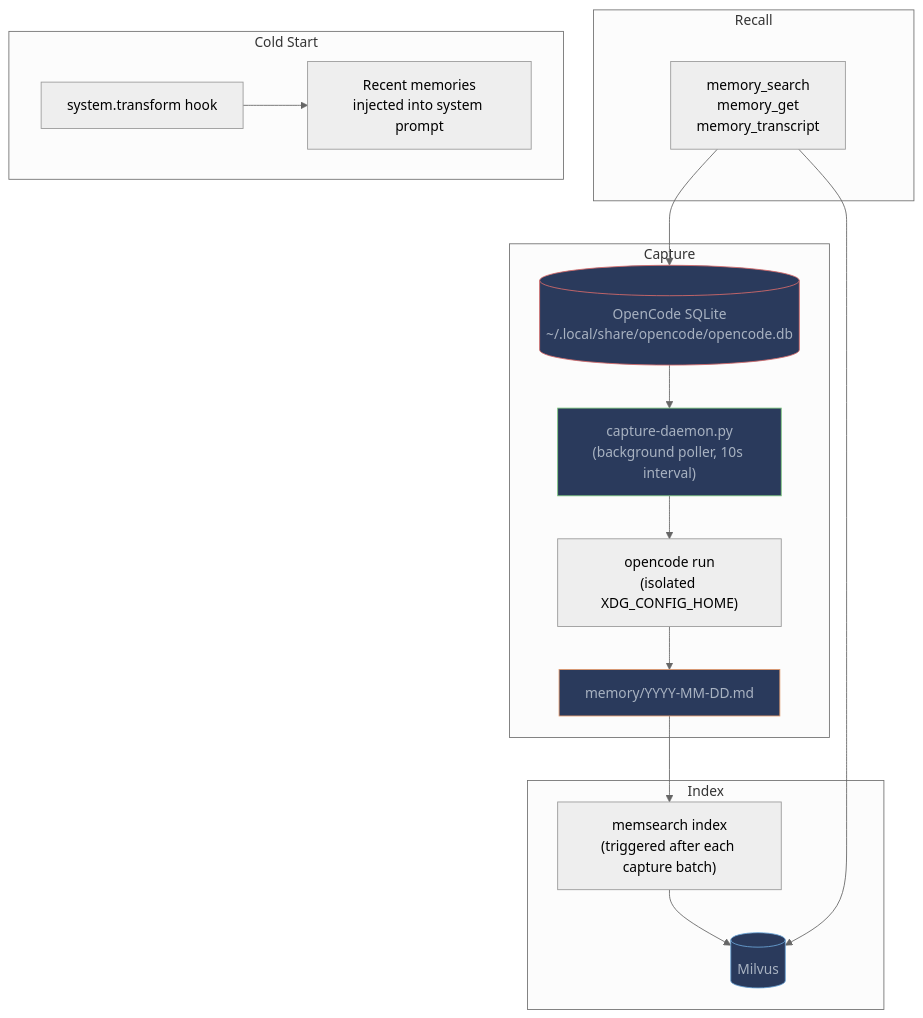
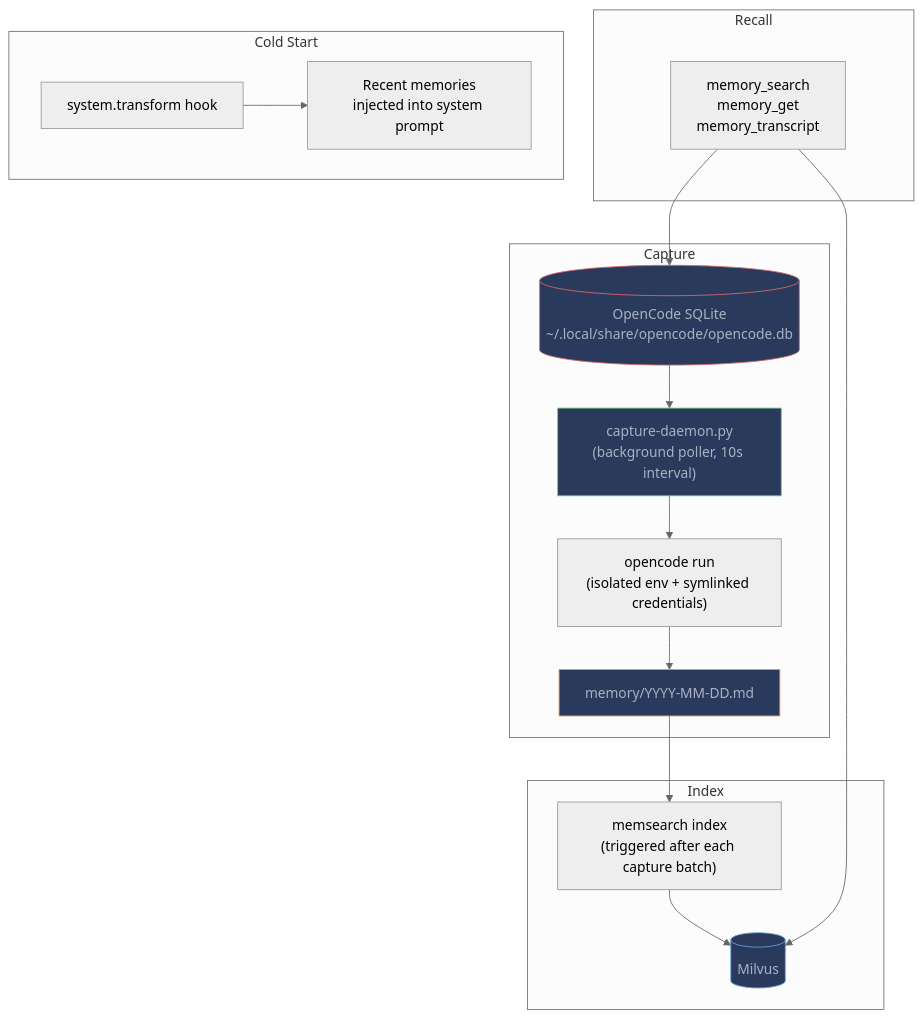
One commit to zilliztech/memsearch changed the first of 2 diagrams in docs/platforms/opencode/how-it-works.md. Above: the diagram before and after it, drawn with Mermaid (neutral theme). The commit also changed other lines of this file and 1 other file, not shown here.

Commit message:
fix(opencode): use symlinks for credentials in isolated summarization env

````diff
--- a/docs/platforms/opencode/how-it-works.md
+++ b/docs/platforms/opencode/how-it-works.md
@@ -16,27 +16,27 @@
 ```mermaid
 graph TB
     subgraph "Capture"
         SQLITE[("OpenCode SQLite<br/>~/.local/share/opencode/opencode.db")] --> DAEMON["capture-daemon.py<br/>(background poller, 10s interval)"]
-        DAEMON --> SUMMARIZE["opencode run<br/>(isolated XDG_CONFIG_HOME)"]
+        DAEMON --> SUMMARIZE["opencode run<br/>(isolated env + symlinked credentials)"]
         SUMMARIZE --> MD["memory/YYYY-MM-DD.md"]
     end
 
     subgraph "Index"
         MD --> INDEX["memsearch index<br/>(triggered after each capture batch)"]
         INDEX --> MIL[(Milvus)]
     end
 
     subgraph "Recall"
         TOOLS["memory_search<br/>memory_get<br/>memory_transcript"] --> MIL
         TOOLS --> SQLITE
     end
 
     subgraph "Cold Start"
         INJECT["system.transform hook"] --> RECENT["Recent memories<br/>injected into system prompt"]
     end
 
     style SQLITE fill:#2a3a5c,stroke:#d66b6b,color:#a8b2c1
     style MD fill:#2a3a5c,stroke:#e0976b,color:#a8b2c1
     style MIL fill:#2a3a5c,stroke:#6ba3d6,color:#a8b2c1
     style DAEMON fill:#2a3a5c,stroke:#7bc67e,color:#a8b2c1
 ```
````
